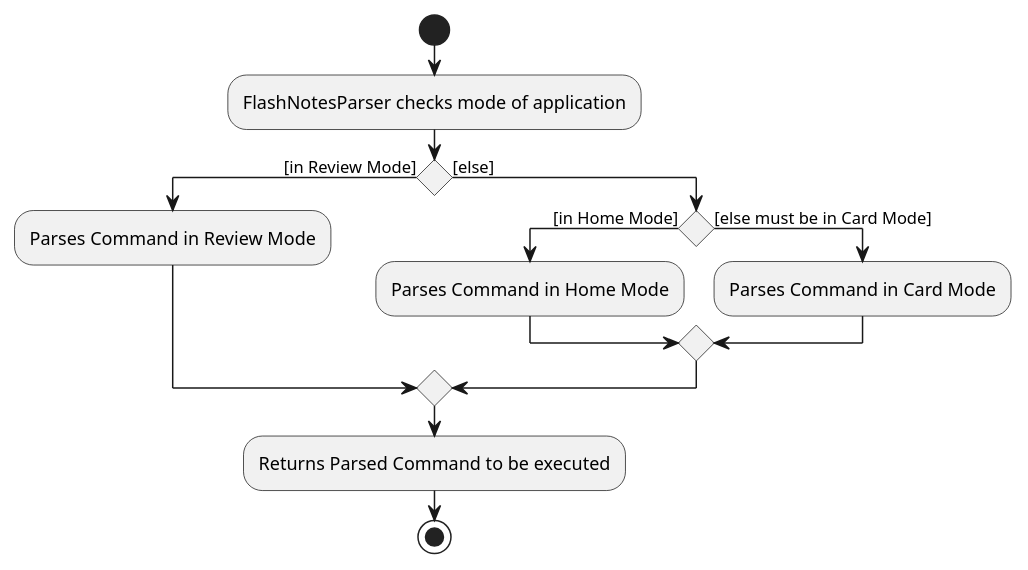
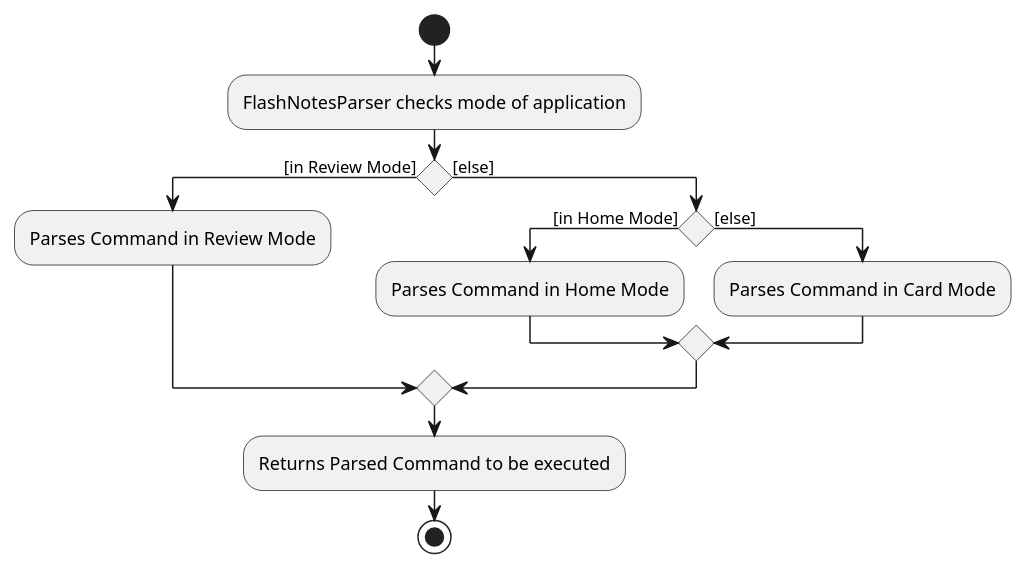
One commit to rachel170/tp changed the diagram in docs/diagrams/FlashNotesParserActivityDiagram.puml. Above: the diagram before and after it, drawn with PlantUML. The commit also changed 2 other files, not shown here.

```diff
--- a/docs/diagrams/FlashNotesParserActivityDiagram.puml
+++ b/docs/diagrams/FlashNotesParserActivityDiagram.puml
@@ -1,20 +1,20 @@
 @startuml
 start
 :FlashNotesParser checks mode of application;
 
 'Since the beta syntax does not support placing the condition outside the
 'diamond we place it as the true branch instead.
 
 if () then ([in Review Mode])
     :Parses Command in Review Mode;
 else ([else])
     if () then ([in Home Mode])
             :Parses Command in Home Mode;
-        else ([else must be in Card Mode])
+        else ([else])
         :Parses Command in Card Mode;
     endif
 endif
 :Returns Parsed Command to be executed;
 
 stop
 @enduml
```
